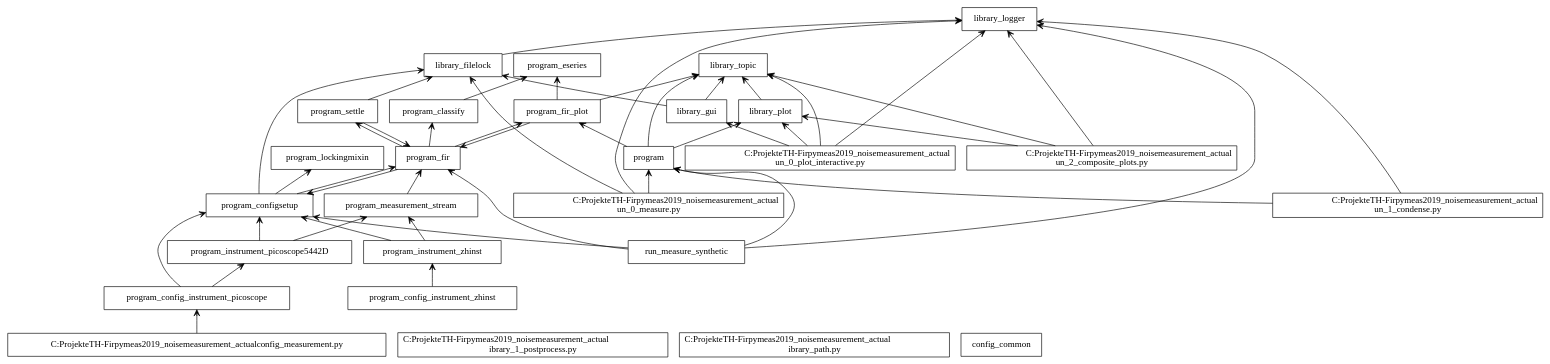
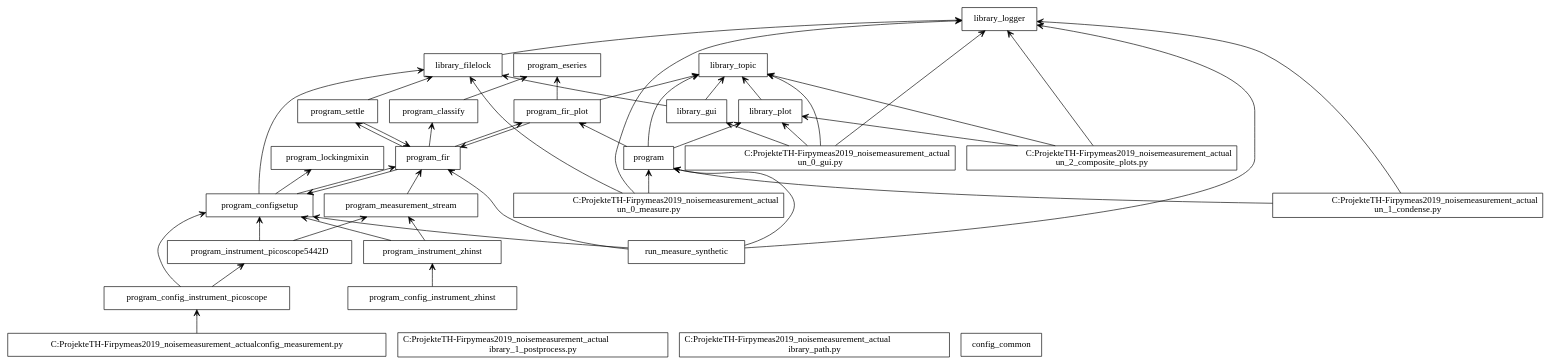
One commit to nanophysics/pymeas2019_noise changed the diagram in documentation/developer_diagrams/packages_pymeas2019_noise.dot. Above: the diagram before and after it, drawn with Graphviz. The commit also changed 15 other files, not shown here.

Commit message:
run_0_plot_interactive.py -> run_0_gui.py

```diff
--- a/documentation/developer_diagrams/packages_pymeas2019_noise.dot
+++ b/documentation/developer_diagrams/packages_pymeas2019_noise.dot
@@ -1,76 +1,76 @@
 digraph "packages_pymeas2019_noise" {
 charset="utf-8"
 rankdir=BT
 "0" [label="C:\Projekte\ETH-Fir\pymeas2019_noise\measurement_actual\config_measurement.py", shape="box"];
 "1" [label="C:\Projekte\ETH-Fir\pymeas2019_noise\measurement_actual\library_1_postprocess.py", shape="box"];
 "2" [label="C:\Projekte\ETH-Fir\pymeas2019_noise\measurement_actual\library_path.py", shape="box"];
 "3" [label="C:\Projekte\ETH-Fir\pymeas2019_noise\measurement_actual\run_0_measure.py", shape="box"];
-"4" [label="C:\Projekte\ETH-Fir\pymeas2019_noise\measurement_actual\run_0_plot_interactive.py", shape="box"];
+"4" [label="C:\Projekte\ETH-Fir\pymeas2019_noise\measurement_actual\run_0_gui.py", shape="box"];
 "5" [label="C:\Projekte\ETH-Fir\pymeas2019_noise\measurement_actual\run_1_condense.py", shape="box"];
 "6" [label="C:\Projekte\ETH-Fir\pymeas2019_noise\measurement_actual\run_2_composite_plots.py", shape="box"];
 "7" [label="config_common", shape="box"];
 "8" [label="library_filelock", shape="box"];
 "9" [label="library_gui", shape="box"];
 "10" [label="library_logger", shape="box"];
 "11" [label="library_plot", shape="box"];
 "12" [label="library_topic", shape="box"];
 "13" [label="program", shape="box"];
 "14" [label="program_classify", shape="box"];
 "15" [label="program_config_instrument_picoscope", shape="box"];
 "16" [label="program_config_instrument_zhinst", shape="box"];
 "17" [label="program_configsetup", shape="box"];
 "18" [label="program_eseries", shape="box"];
 "19" [label="program_fir", shape="box"];
 "20" [label="program_fir_plot", shape="box"];
 "21" [label="program_instrument_picoscope5442D", shape="box"];
 "22" [label="program_instrument_zhinst", shape="box"];
 "23" [label="program_lockingmixin", shape="box"];
 "24" [label="program_measurement_stream", shape="box"];
 "25" [label="program_settle", shape="box"];
 "26" [label="run_measure_synthetic", shape="box"];
 "0" -> "15" [arrowhead="open", arrowtail="none"];
 "3" -> "8" [arrowhead="open", arrowtail="none"];
 "3" -> "10" [arrowhead="open", arrowtail="none"];
 "3" -> "13" [arrowhead="open", arrowtail="none"];
 "4" -> "9" [arrowhead="open", arrowtail="none"];
 "4" -> "10" [arrowhead="open", arrowtail="none"];
 "4" -> "11" [arrowhead="open", arrowtail="none"];
 "4" -> "12" [arrowhead="open", arrowtail="none"];
 "5" -> "10" [arrowhead="open", arrowtail="none"];
 "5" -> "13" [arrowhead="open", arrowtail="none"];
 "6" -> "10" [arrowhead="open", arrowtail="none"];
 "6" -> "11" [arrowhead="open", arrowtail="none"];
 "6" -> "12" [arrowhead="open", arrowtail="none"];
 "8" -> "10" [arrowhead="open", arrowtail="none"];
 "9" -> "8" [arrowhead="open", arrowtail="none"];
 "9" -> "12" [arrowhead="open", arrowtail="none"];
 "11" -> "12" [arrowhead="open", arrowtail="none"];
 "13" -> "11" [arrowhead="open", arrowtail="none"];
 "13" -> "12" [arrowhead="open", arrowtail="none"];
 "13" -> "20" [arrowhead="open", arrowtail="none"];
 "14" -> "18" [arrowhead="open", arrowtail="none"];
 "15" -> "17" [arrowhead="open", arrowtail="none"];
 "15" -> "21" [arrowhead="open", arrowtail="none"];
 "16" -> "22" [arrowhead="open", arrowtail="none"];
 "17" -> "8" [arrowhead="open", arrowtail="none"];
 "17" -> "19" [arrowhead="open", arrowtail="none"];
 "17" -> "23" [arrowhead="open", arrowtail="none"];
 "19" -> "14" [arrowhead="open", arrowtail="none"];
 "19" -> "17" [arrowhead="open", arrowtail="none"];
 "19" -> "20" [arrowhead="open", arrowtail="none"];
 "19" -> "25" [arrowhead="open", arrowtail="none"];
 "20" -> "12" [arrowhead="open", arrowtail="none"];
 "20" -> "18" [arrowhead="open", arrowtail="none"];
 "20" -> "19" [arrowhead="open", arrowtail="none"];
 "21" -> "17" [arrowhead="open", arrowtail="none"];
 "21" -> "24" [arrowhead="open", arrowtail="none"];
 "22" -> "17" [arrowhead="open", arrowtail="none"];
 "22" -> "24" [arrowhead="open", arrowtail="none"];
 "24" -> "19" [arrowhead="open", arrowtail="none"];
 "25" -> "8" [arrowhead="open", arrowtail="none"];
 "25" -> "19" [arrowhead="open", arrowtail="none"];
 "26" -> "10" [arrowhead="open", arrowtail="none"];
 "26" -> "13" [arrowhead="open", arrowtail="none"];
 "26" -> "17" [arrowhead="open", arrowtail="none"];
 "26" -> "19" [arrowhead="open", arrowtail="none"];
 }
```
